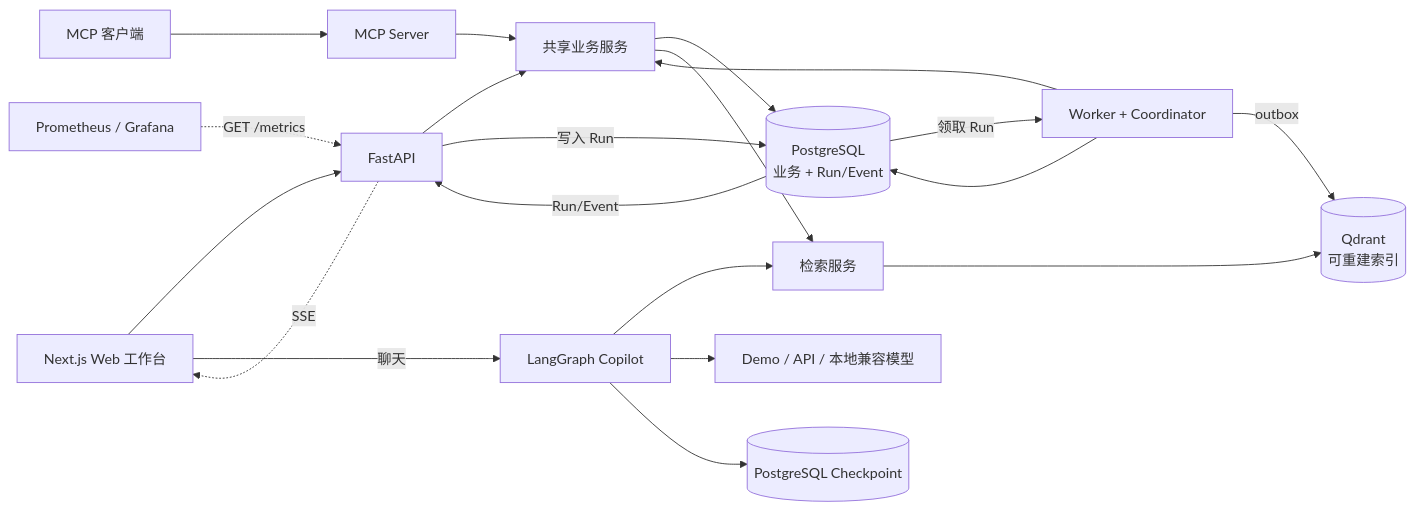
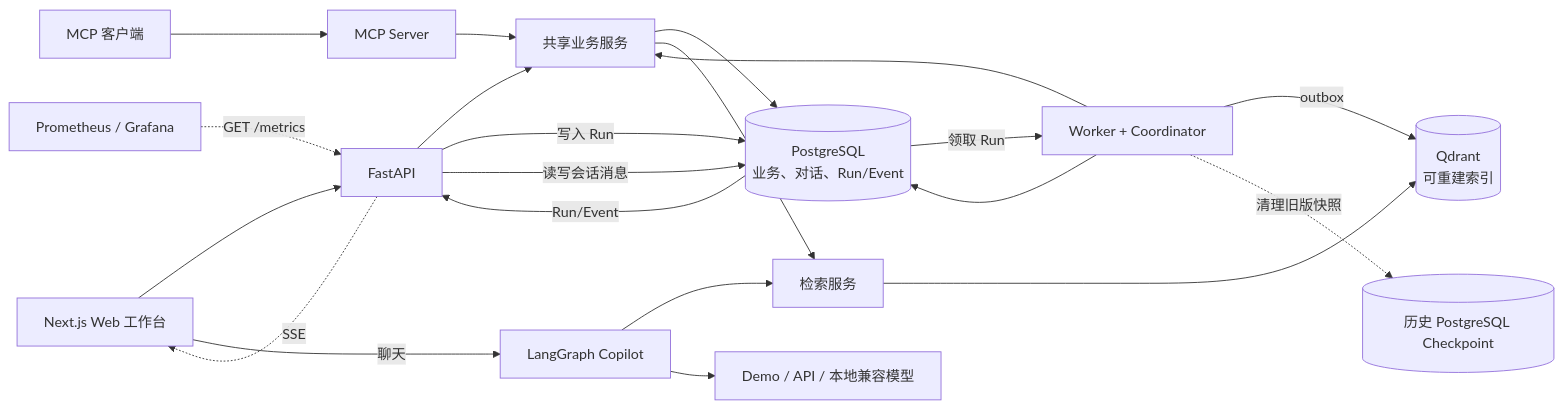
The first of 3 diagrams in docs/architecture.md (wenmo-yu/careerlens), drawn with Mermaid before and after one commit. The commit also changed other lines of this file and 125 other files, not shown here.

````diff
--- a/docs/architecture.md
+++ b/docs/architecture.md
@@ -7,22 +7,23 @@
 ```mermaid
 flowchart LR
   Browser[Next.js Web 工作台] --> API[FastAPI]
   MCPClient[MCP 客户端] --> MCP[MCP Server]
   API --> Services[共享业务服务]
   MCP --> Services
-  Services --> PG[(PostgreSQL<br/>业务 + Run/Event)]
+  Services --> PG[(PostgreSQL<br/>业务、对话、Run/Event)]
   Services --> R[检索服务]
   R --> Q[(Qdrant<br/>可重建索引)]
   API -->|写入 Run| PG
   PG -->|领取 Run| WK[Worker + Coordinator]
   WK --> Services
   WK --> PG
   WK -->|outbox| Q
   PG -->|Run/Event| API
   API -.->|SSE| Browser
   Browser -->|聊天| Graph[LangGraph Copilot]
   Graph --> R
   Graph --> Provider[Demo / API / 本地兼容模型]
-  Graph --> CP[(PostgreSQL Checkpoint)]
+  API -->|读写会话消息| PG
+  WK -. 清理旧版快照 .-> CP[(历史 PostgreSQL Checkpoint)]
   Scraper[Prometheus / Grafana] -.->|GET /metrics| API
 ```
````
